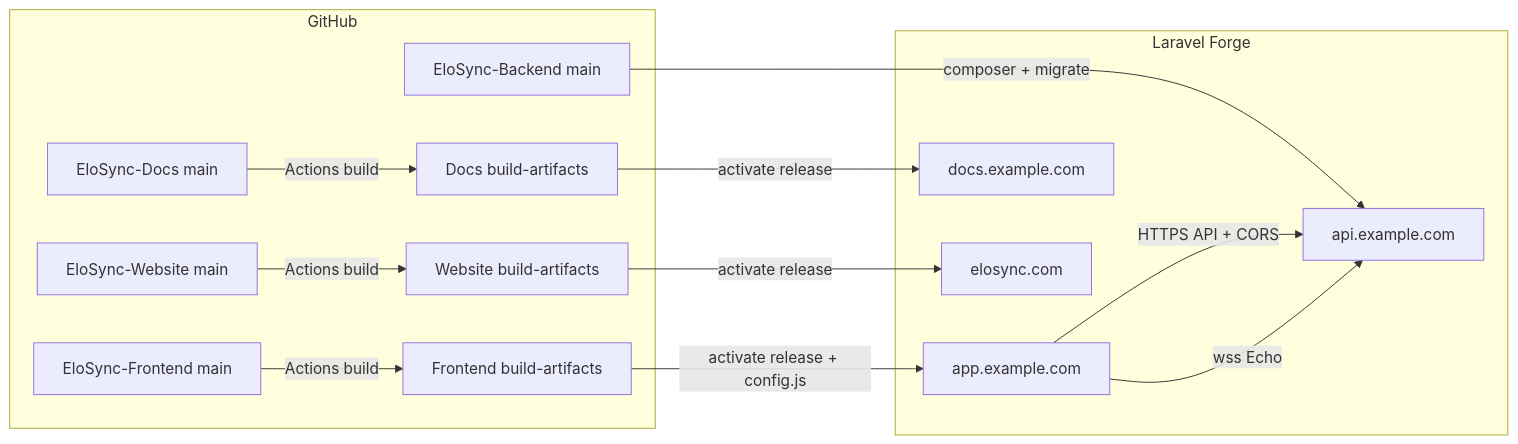
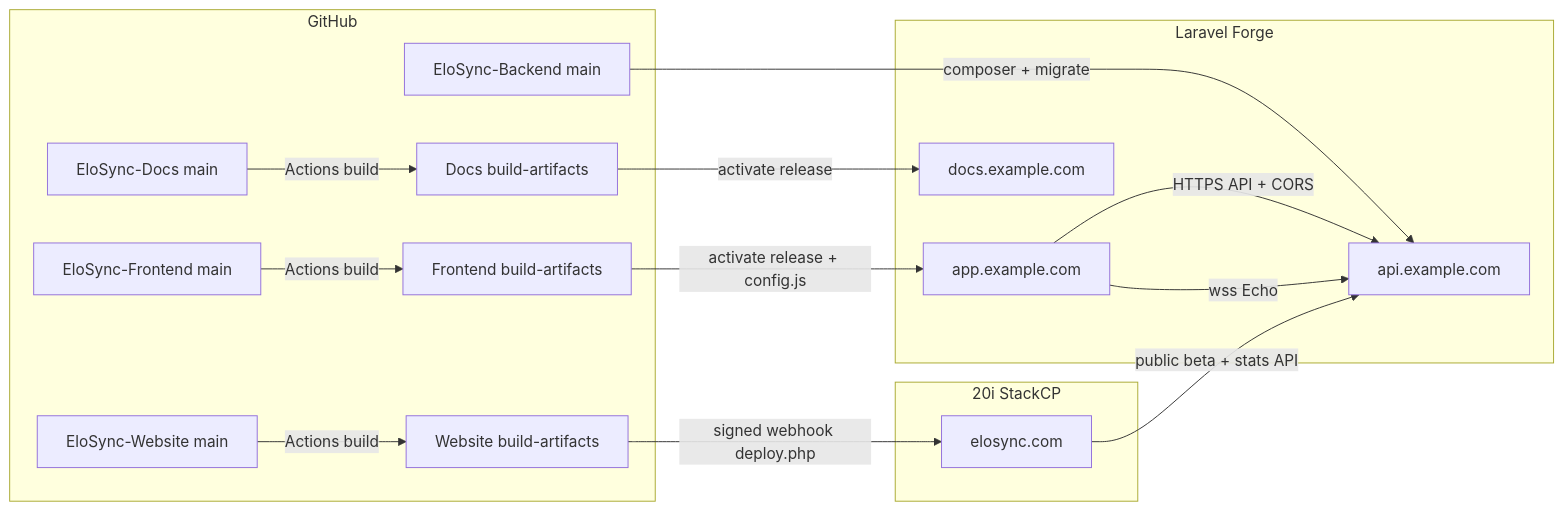
One commit to DiligentCreators/EloSync-Docs changed the diagram in docs/deployment/laravel-forge.md. Above: the diagram before and after it, drawn with Mermaid. The commit also changed other lines of this file and 12 other files, not shown here.

````diff
--- a/docs/deployment/laravel-forge.md
+++ b/docs/deployment/laravel-forge.md
@@ -18,27 +21,30 @@
 ```mermaid
 flowchart LR
   subgraph github [GitHub]
     Bmain[EloSync-Backend main]
     Fmain[EloSync-Frontend main]
     Dmain[EloSync-Docs main]
     Wmain[EloSync-Website main]
     Fart[Frontend build-artifacts]
     Dart[Docs build-artifacts]
     Wart[Website build-artifacts]
   end
   subgraph forge [Laravel Forge]
     API[api.example.com]
     APP[app.example.com]
     DOCS[docs.example.com]
+  end
+  subgraph stackcp [20i StackCP]
     WEB[elosync.com]
   end
   Bmain -->|composer + migrate| API
   Fmain -->|Actions build| Fart
   Dmain -->|Actions build| Dart
   Wmain -->|Actions build| Wart
   Fart -->|activate release + config.js| APP
   Dart -->|activate release| DOCS
-  Wart -->|activate release| WEB
+  Wart -->|signed webhook deploy.php| WEB
   APP -->|HTTPS API + CORS| API
   APP -->|wss Echo| API
+  WEB -->|public beta + stats API| API
 ```
````
